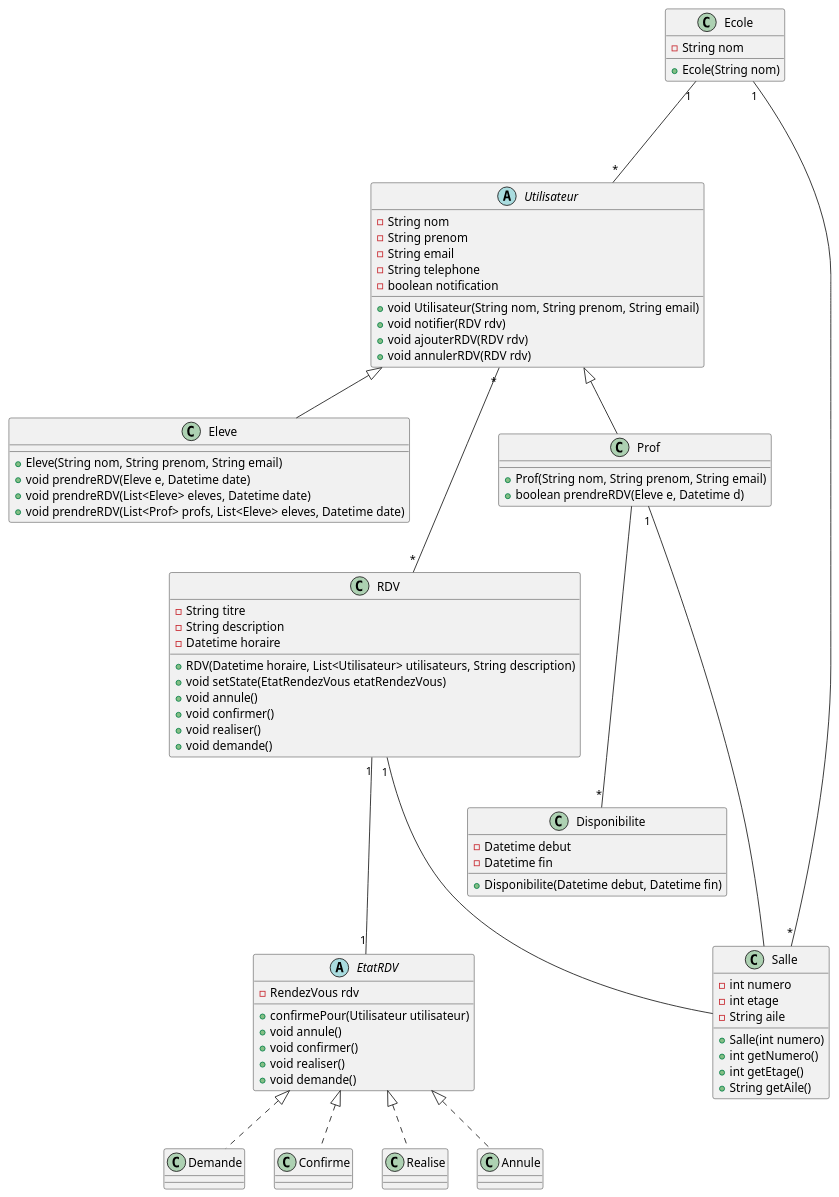
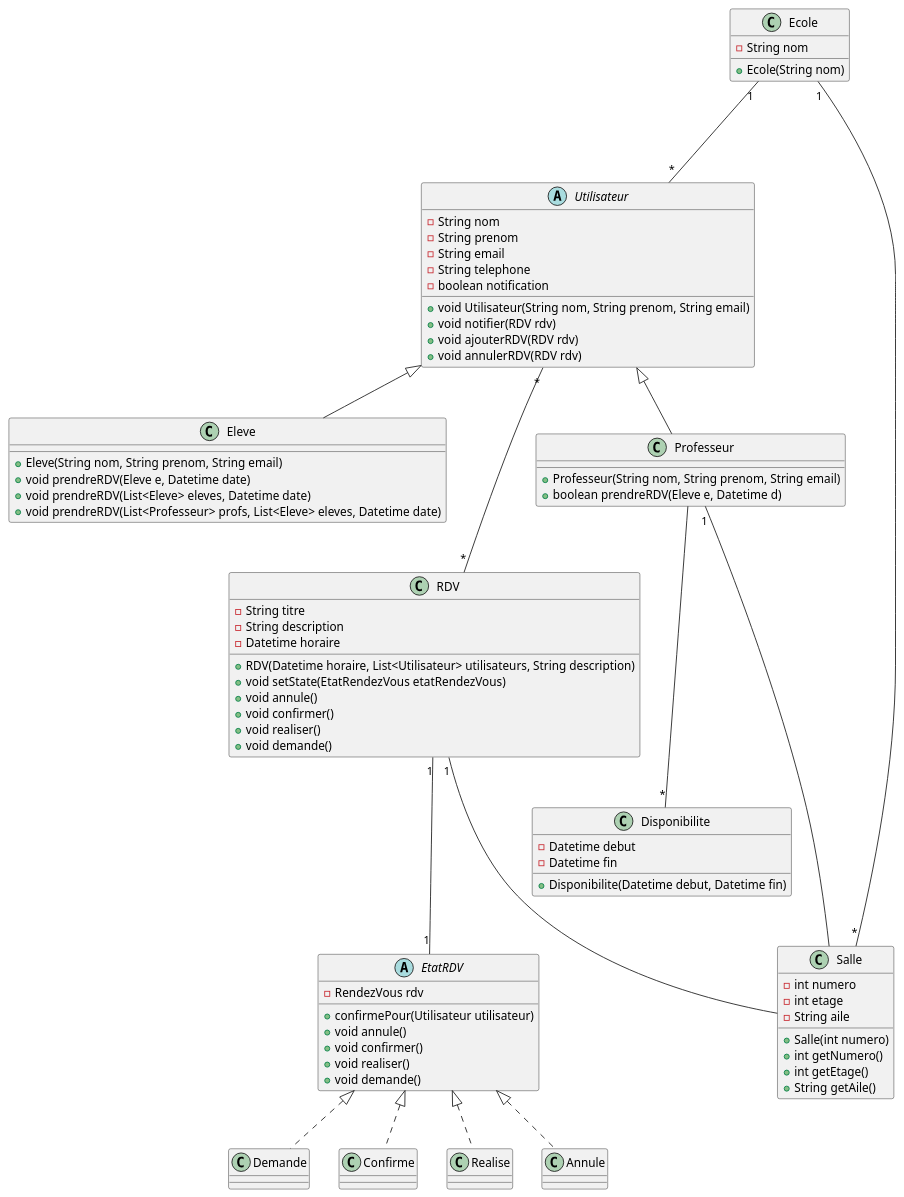
One commit to Jcz125/meeting-manager-app changed the diagram in Conception/DiagrameClasse.puml. Above: the diagram before and after it, drawn with PlantUML. The commit also changed 4 other files, not shown here.

```diff
--- a/Conception/DiagrameClasse.puml
+++ b/Conception/DiagrameClasse.puml
@@ -1,105 +1,105 @@
 @startuml Diagramme de classe
 
 abstract class Utilisateur {
     - String nom
     - String prenom
     - String email
     - String telephone
     - boolean notification
     
     + void Utilisateur(String nom, String prenom, String email)
     + void notifier(RDV rdv)
     + void ajouterRDV(RDV rdv)
     + void annulerRDV(RDV rdv)
 }
 
-class Prof {
-    + Prof(String nom, String prenom, String email)
+class Professeur {
+    + Professeur(String nom, String prenom, String email)
     + boolean prendreRDV(Eleve e, Datetime d)
 }
 
 class Eleve {
     + Eleve(String nom, String prenom, String email)
     + void prendreRDV(Eleve e, Datetime date)
     + void prendreRDV(List<Eleve> eleves, Datetime date)
-    + void prendreRDV(List<Prof> profs, List<Eleve> eleves, Datetime date)
+    + void prendreRDV(List<Professeur> profs, List<Eleve> eleves, Datetime date)
 }
 
 class Disponibilite {
     - Datetime debut
     - Datetime fin
 
     + Disponibilite(Datetime debut, Datetime fin)
 }
 
 class RDV {
     - String titre
     - String description
     - Datetime horaire
     
     + RDV(Datetime horaire, List<Utilisateur> utilisateurs, String description)
     + void setState(EtatRendezVous etatRendezVous)
     + void annule()
     + void confirmer()
     + void realiser()
     + void demande()
 }
 
 abstract class EtatRDV {
     - RendezVous rdv
     + confirmePour(Utilisateur utilisateur)
     + void annule()
     + void confirmer()
     + void realiser()
     + void demande()
 }
 
 class Demande {
 }
 
 class Confirme {
 }
 
 class Realise {
 }
 
 class Annule {
 }
 
 
 class Ecole {
     - String nom
     + Ecole(String nom)
 }
 
 class Salle {
     - int numero
     - int etage
     - String aile
 
     + Salle(int numero)
     + int getNumero()
     + int getEtage()
     + String getAile()
 }
 
 
 Utilisateur "*" --- "*" RDV
 Ecole "1" --- "*" Utilisateur
 Ecole "1" --- "*" Salle
 
 
 EtatRDV <|.. Confirme
 EtatRDV <|.. Annule
 EtatRDV <|.. Realise
 EtatRDV <|.. Demande
 
 RDV "1" --- "1" EtatRDV
 RDV "1" --- Salle
-Prof "1" --- Salle
+Professeur "1" --- Salle
 
-Utilisateur  <|--  Prof
+Utilisateur  <|--  Professeur
 Utilisateur  <|--  Eleve
-Prof --- "*" Disponibilite
+Professeur --- "*" Disponibilite
 
 @enduml
```
